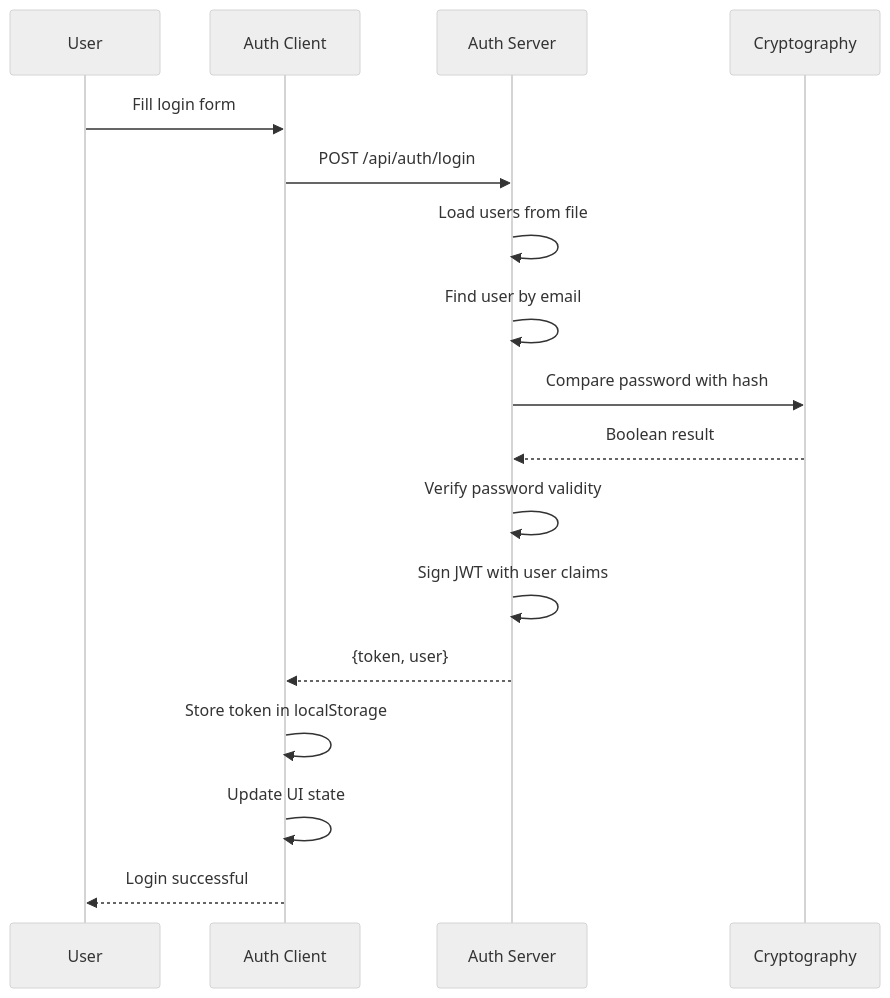
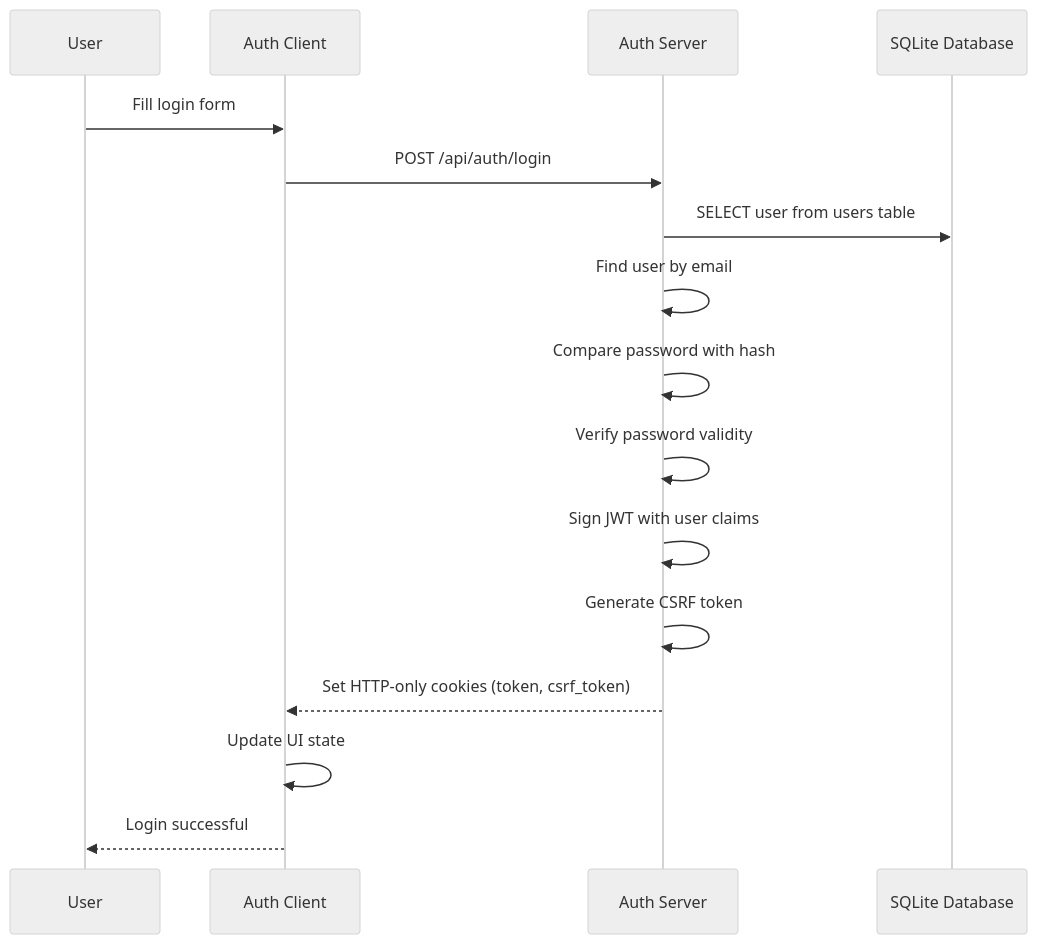
Before and after one commit to RunTimeAdmin/tri-ai: the fifth of 10 diagrams in .qoder/repowiki/en/content/Frontend Application/Authentication System.md, drawn with Mermaid (neutral theme). The commit also changed other lines of this file and 40 other files, not shown here.

Commit message:
Remove crypto/token references from Hostinger landing page and engine CSS

````diff
--- a/.qoder/repowiki/en/content/Frontend Application/Authentication System.md
+++ b/.qoder/repowiki/en/content/Frontend Application/Authentication System.md
@@ -202,19 +217,18 @@
 ```mermaid
 sequenceDiagram
 participant User as User
 participant Client as Auth Client
 participant Server as Auth Server
-participant Crypto as Cryptography
+participant DB as SQLite Database
 User->>Client : Fill login form
 Client->>Server : POST /api/auth/login
-Server->>Server : Load users from file
+Server->>DB : SELECT user from users table
 Server->>Server : Find user by email
-Server->>Crypto : Compare password with hash
-Crypto-->>Server : Boolean result
+Server->>Server : Compare password with hash
 Server->>Server : Verify password validity
 Server->>Server : Sign JWT with user claims
-Server-->>Client : {token, user}
-Client->>Client : Store token in localStorage
+Server->>Server : Generate CSRF token
+Server-->>Client : Set HTTP-only cookies (token, csrf_token)
 Client->>Client : Update UI state
 Client-->>User : Login successful
 ```
````
